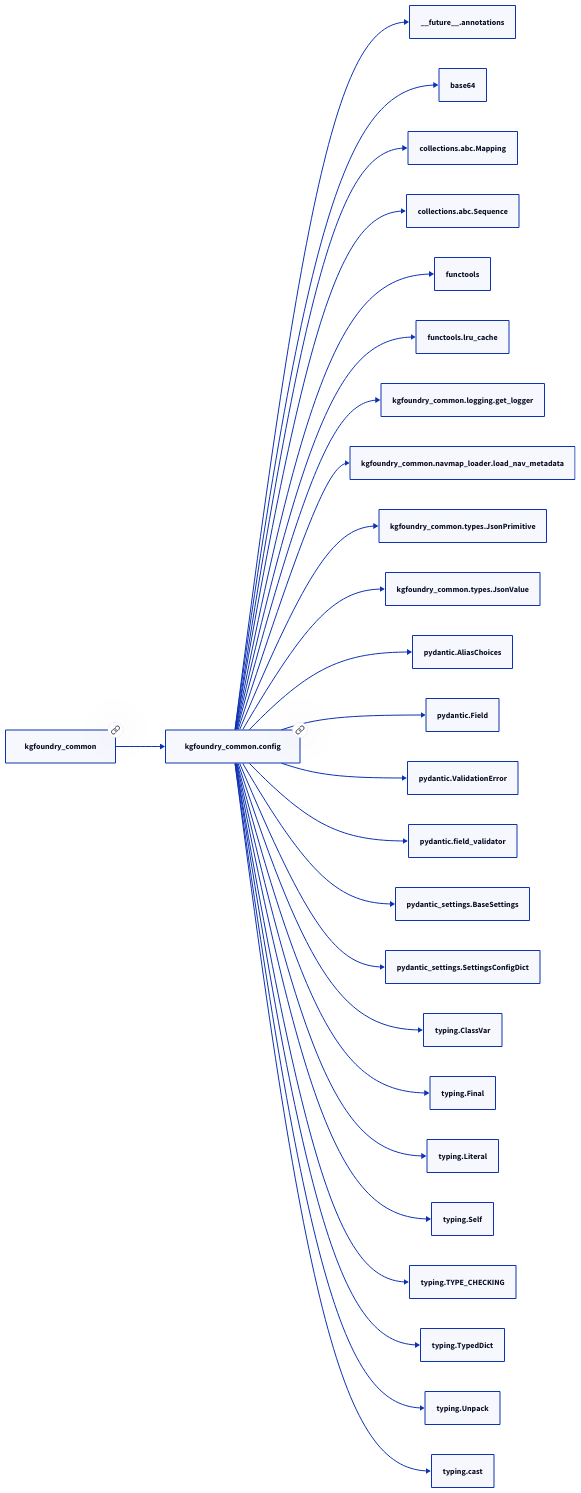
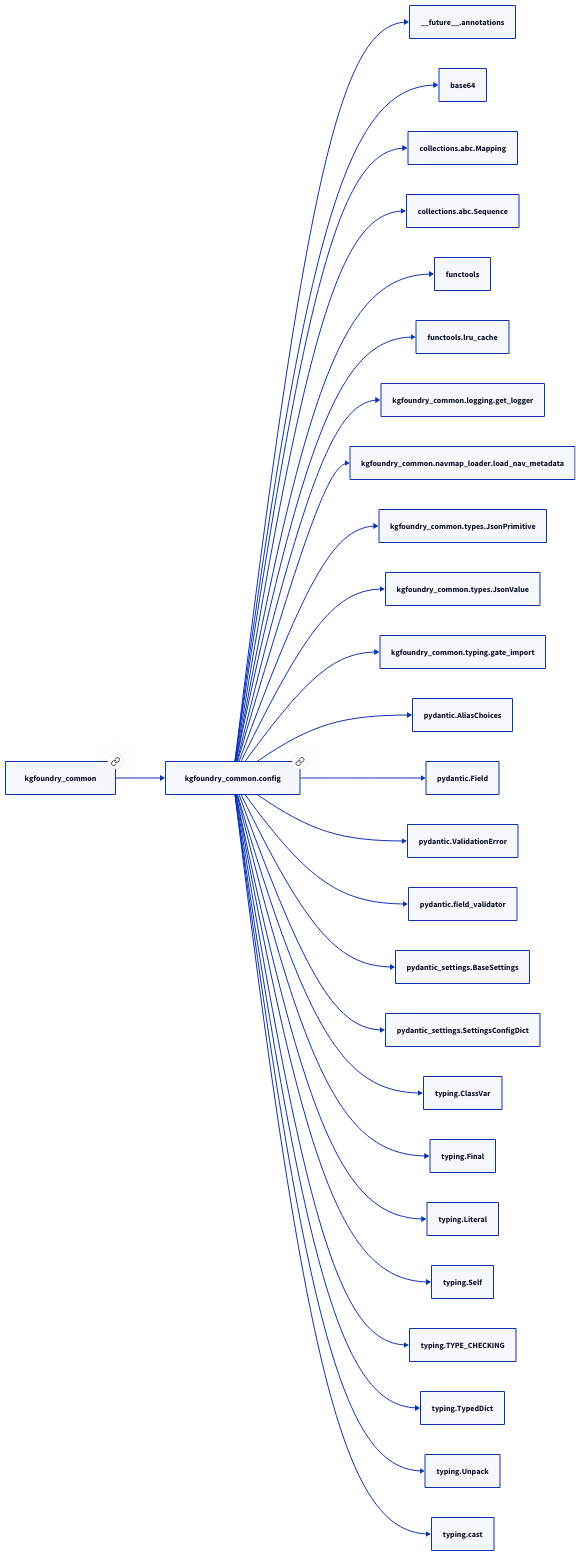
One commit to paul-heyse/kgforge changed the second of 2 diagrams in docs/modules/kgfoundry_common/config.md. Above: the diagram before and after it, drawn with D2. The commit also changed other lines of this file and 107 other files, not shown here.

````diff
--- a/docs/modules/kgfoundry_common/config.md
+++ b/docs/modules/kgfoundry_common/config.md
@@ -71,54 +71,56 @@
 ```d2
 direction: right
 "kgfoundry_common.config": "kgfoundry_common.config" { link: "https://github.com/paul-heyse/kgfoundry/blob/main/src/kgfoundry_common/config.py" }
 "__future__.annotations": "__future__.annotations"
 "kgfoundry_common.config" -> "__future__.annotations"
 "base64": "base64"
 "kgfoundry_common.config" -> "base64"
 "collections.abc.Mapping": "collections.abc.Mapping"
 "kgfoundry_common.config" -> "collections.abc.Mapping"
 "collections.abc.Sequence": "collections.abc.Sequence"
 "kgfoundry_common.config" -> "collections.abc.Sequence"
 "functools": "functools"
 "kgfoundry_common.config" -> "functools"
 "functools.lru_cache": "functools.lru_cache"
 "kgfoundry_common.config" -> "functools.lru_cache"
 "kgfoundry_common.logging.get_logger": "kgfoundry_common.logging.get_logger"
 "kgfoundry_common.config" -> "kgfoundry_common.logging.get_logger"
 "kgfoundry_common.navmap_loader.load_nav_metadata": "kgfoundry_common.navmap_loader.load_nav_metadata"
 "kgfoundry_common.config" -> "kgfoundry_common.navmap_loader.load_nav_metadata"
 "kgfoundry_common.types.JsonPrimitive": "kgfoundry_common.types.JsonPrimitive"
 "kgfoundry_common.config" -> "kgfoundry_common.types.JsonPrimitive"
 "kgfoundry_common.types.JsonValue": "kgfoundry_common.types.JsonValue"
 "kgfoundry_common.config" -> "kgfoundry_common.types.JsonValue"
+"kgfoundry_common.typing.gate_import": "kgfoundry_common.typing.gate_import"
+"kgfoundry_common.config" -> "kgfoundry_common.typing.gate_import"
 "pydantic.AliasChoices": "pydantic.AliasChoices"
 "kgfoundry_common.config" -> "pydantic.AliasChoices"
 "pydantic.Field": "pydantic.Field"
 "kgfoundry_common.config" -> "pydantic.Field"
 "pydantic.ValidationError": "pydantic.ValidationError"
 "kgfoundry_common.config" -> "pydantic.ValidationError"
 "pydantic.field_validator": "pydantic.field_validator"
 "kgfoundry_common.config" -> "pydantic.field_validator"
 "pydantic_settings.BaseSettings": "pydantic_settings.BaseSettings"
 "kgfoundry_common.config" -> "pydantic_settings.BaseSettings"
 "pydantic_settings.SettingsConfigDict": "pydantic_settings.SettingsConfigDict"
 "kgfoundry_common.config" -> "pydantic_settings.SettingsConfigDict"
 "typing.ClassVar": "typing.ClassVar"
 "kgfoundry_common.config" -> "typing.ClassVar"
 "typing.Final": "typing.Final"
 "kgfoundry_common.config" -> "typing.Final"
 "typing.Literal": "typing.Literal"
 "kgfoundry_common.config" -> "typing.Literal"
 "typing.Self": "typing.Self"
 "kgfoundry_common.config" -> "typing.Self"
 "typing.TYPE_CHECKING": "typing.TYPE_CHECKING"
 "kgfoundry_common.config" -> "typing.TYPE_CHECKING"
 "typing.TypedDict": "typing.TypedDict"
 "kgfoundry_common.config" -> "typing.TypedDict"
 "typing.Unpack": "typing.Unpack"
 "kgfoundry_common.config" -> "typing.Unpack"
 "typing.cast": "typing.cast"
 "kgfoundry_common.config" -> "typing.cast"
 "kgfoundry_common": "kgfoundry_common" { link: "https://github.com/paul-heyse/kgfoundry/blob/main/src/kgfoundry_common/__init__.py" }
 "kgfoundry_common" -> "kgfoundry_common.config" { style: dashed }
 ```
````
